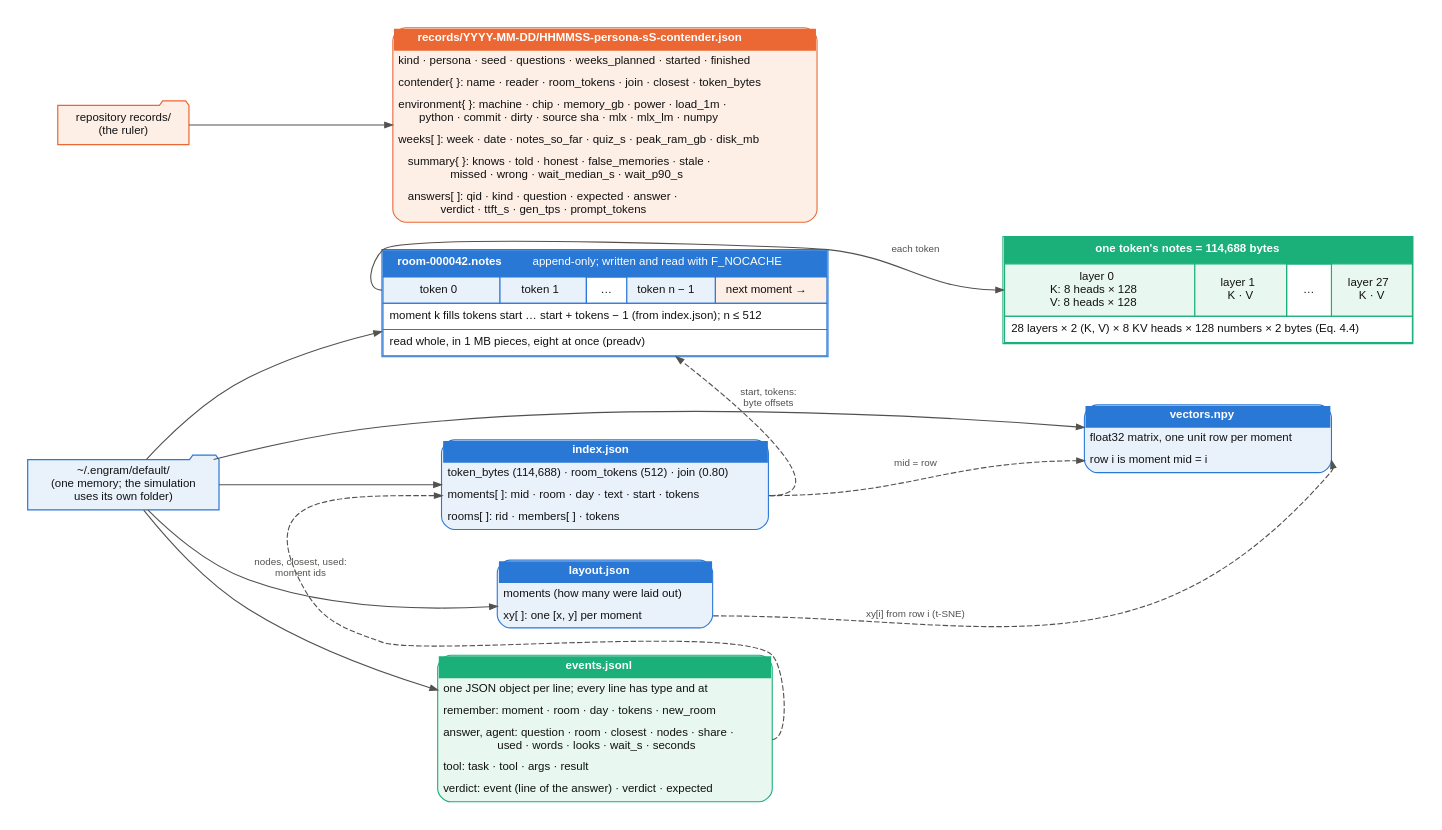
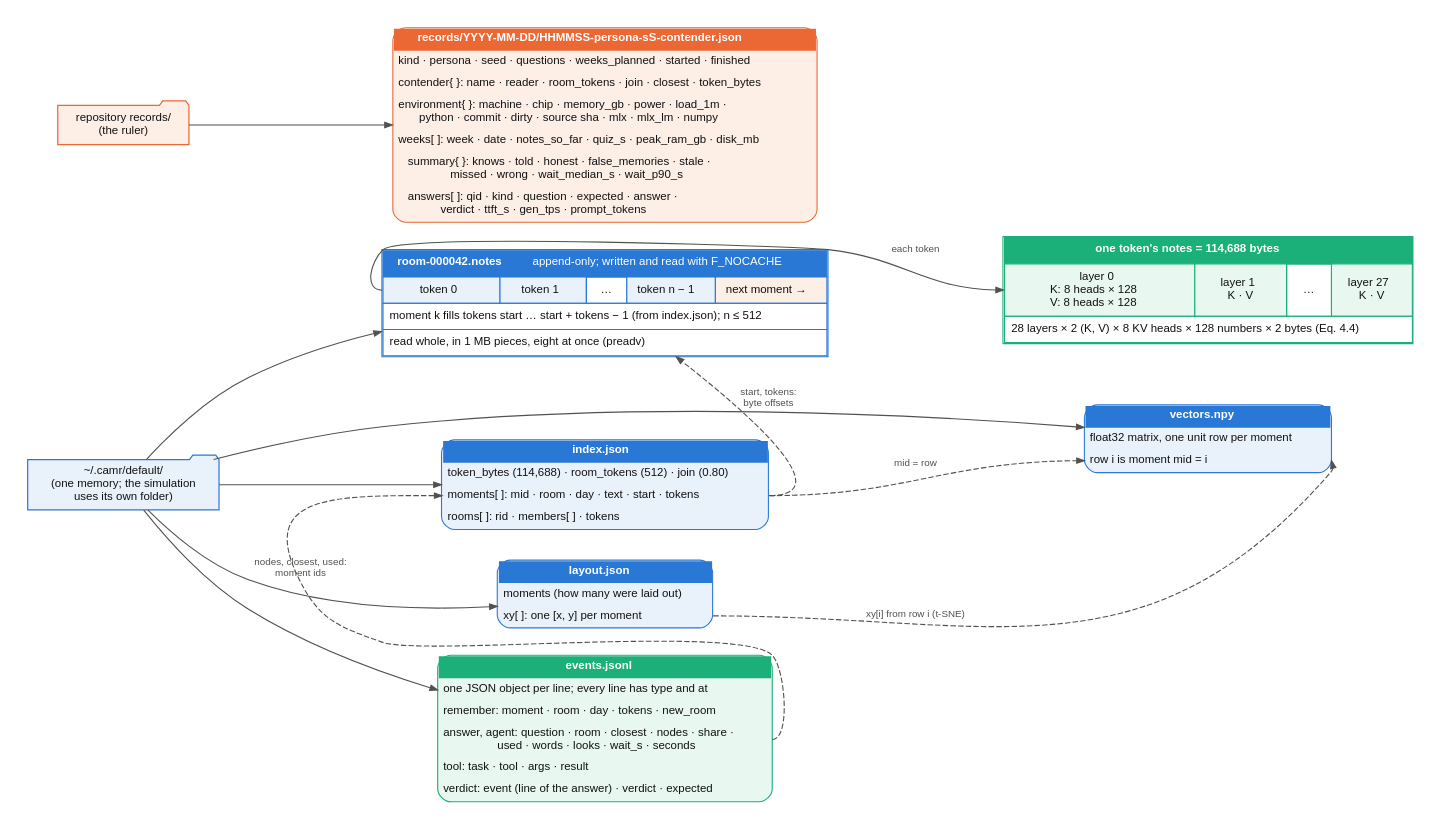
Before and after one commit to Satasdin/CAMR: the diagram in v2/docs/thesis/diagrams/superseded-graphviz/files_v2.dot, drawn with Graphviz. The commit also changed 385 other files, not shown here.

First line of the commit message:
One name: CAMR. The engine's package is camr_engine (the old CAMR baseline keeps the import name camr), its distribution camr-engine, and engram is gone from the code, the app, the docs and the environment variables (CAMR_MLX_CACHE_GB, CAMR_MEASURING)

```diff
--- a/v2/docs/thesis/diagrams/superseded-graphviz/files_v2.dot
+++ b/v2/docs/thesis/diagrams/superseded-graphviz/files_v2.dot
@@ -1,62 +1,62 @@
 // Figure 4.9: File and data design of CAMR v2: one folder per memory, and the test records.
 digraph files_v2 {
   rankdir=LR;
   graph [fontname="Helvetica" fontsize=11 bgcolor="white" pad=0.25 nodesep=0.35 ranksep=0.45 newrank=true];
   node [fontname="Helvetica" fontsize=10.5 shape=box style="rounded,filled" fillcolor="#f3f5f9" color="#9aa3b2" penwidth=1.1 fontcolor="#111111" margin="0.14,0.07"];
   edge [fontname="Helvetica" fontsize=9 color="#52514e" fontcolor="#52514e" arrowsize=0.7 penwidth=1.0];
   graph [nodesep=0.35 ranksep=0.75];
-  folder [label="~/.engram/default/\n(one memory; the simulation\nuses its own folder)" shape=folder style="filled" fillcolor="#e9f1fb" color="#2a78d6"];
+  folder [label="~/.camr/default/\n(one memory; the simulation\nuses its own folder)" shape=folder style="filled" fillcolor="#e9f1fb" color="#2a78d6"];
   repo [label="repository records/\n(the ruler)" shape=folder style="filled" fillcolor="#fdeee6" color="#eb6834"];
   node [shape=plain style="" margin=0];
   room [label=<<TABLE BORDER="1" CELLBORDER="1" CELLSPACING="0" CELLPADDING="5" COLOR="#2a78d6" BGCOLOR="white">
 <TR><TD COLSPAN="5" BGCOLOR="#2a78d6"><FONT COLOR="white"><B>room-000042.notes</B>   append-only; written and read with F_NOCACHE</FONT></TD></TR>
 <TR><TD PORT="t0" BGCOLOR="#e9f1fb">token 0</TD><TD BGCOLOR="#e9f1fb">token 1</TD><TD>…</TD><TD BGCOLOR="#e9f1fb">token n − 1</TD><TD BGCOLOR="#fdeee6">next moment →</TD></TR>
 <TR><TD COLSPAN="5" ALIGN="LEFT">moment k fills tokens start … start + tokens − 1 (from index.json); n ≤ 512</TD></TR>
 <TR><TD COLSPAN="5" ALIGN="LEFT">read whole, in 1 MB pieces, eight at once (preadv)</TD></TR>
 </TABLE>>];
   token [label=<<TABLE BORDER="1" CELLBORDER="1" CELLSPACING="0" CELLPADDING="5" COLOR="#1baf7a" BGCOLOR="white">
 <TR><TD COLSPAN="4" BGCOLOR="#1baf7a"><FONT COLOR="white"><B>one token's notes = 114,688 bytes</B></FONT></TD></TR>
 <TR><TD PORT="in" BGCOLOR="#e8f7f0">layer 0<BR/>K: 8 heads × 128<BR/>V: 8 heads × 128</TD><TD BGCOLOR="#e8f7f0">layer 1<BR/>K · V</TD><TD>…</TD><TD BGCOLOR="#e8f7f0">layer 27<BR/>K · V</TD></TR>
 <TR><TD COLSPAN="4" ALIGN="LEFT">28 layers × 2 (K, V) × 8 KV heads × 128 numbers × 2 bytes (Eq. 4.4)</TD></TR>
 </TABLE>>];
   index [label=<<TABLE BORDER="1" CELLBORDER="0" CELLSPACING="0" CELLPADDING="4" STYLE="ROUNDED" COLOR="#2a78d6" BGCOLOR="#e9f1fb">
 <TR><TD BGCOLOR="#2a78d6"><FONT COLOR="white"><B>index.json</B></FONT></TD></TR>
 <TR><TD ALIGN="LEFT">token_bytes (114,688) · room_tokens (512) · join (0.80)</TD></TR>
 <TR><TD ALIGN="LEFT" PORT="moments">moments[ ]: mid · room · day · text · start · tokens</TD></TR>
 <TR><TD ALIGN="LEFT" PORT="rooms">rooms[ ]: rid · members[ ] · tokens</TD></TR>
 </TABLE>>];
   vectors [label=<<TABLE BORDER="1" CELLBORDER="0" CELLSPACING="0" CELLPADDING="4" STYLE="ROUNDED" COLOR="#2a78d6" BGCOLOR="#e9f1fb">
 <TR><TD BGCOLOR="#2a78d6"><FONT COLOR="white"><B>vectors.npy</B></FONT></TD></TR>
 <TR><TD ALIGN="LEFT">float32 matrix, one unit row per moment</TD></TR>
 <TR><TD ALIGN="LEFT" PORT="row">row i is moment mid = i</TD></TR>
 </TABLE>>];
   events [label=<<TABLE BORDER="1" CELLBORDER="0" CELLSPACING="0" CELLPADDING="4" STYLE="ROUNDED" COLOR="#1baf7a" BGCOLOR="#e8f7f0">
 <TR><TD BGCOLOR="#1baf7a"><FONT COLOR="white"><B>events.jsonl</B></FONT></TD></TR>
 <TR><TD ALIGN="LEFT">one JSON object per line; every line has type and at</TD></TR>
 <TR><TD ALIGN="LEFT">remember: moment · room · day · tokens · new_room</TD></TR>
 <TR><TD ALIGN="LEFT" PORT="ans">answer, agent: question · room · closest · nodes · share ·<BR ALIGN="LEFT"/>used · words · looks · wait_s · seconds</TD></TR>
 <TR><TD ALIGN="LEFT">tool: task · tool · args · result</TD></TR>
 <TR><TD ALIGN="LEFT" PORT="ver">verdict: event (line of the answer) · verdict · expected</TD></TR>
 </TABLE>>];
   layout [label=<<TABLE BORDER="1" CELLBORDER="0" CELLSPACING="0" CELLPADDING="4" STYLE="ROUNDED" COLOR="#2a78d6" BGCOLOR="#e9f1fb">
 <TR><TD BGCOLOR="#2a78d6"><FONT COLOR="white"><B>layout.json</B></FONT></TD></TR>
 <TR><TD ALIGN="LEFT">moments (how many were laid out)</TD></TR>
 <TR><TD ALIGN="LEFT" PORT="xy">xy[ ]: one [x, y] per moment</TD></TR>
 </TABLE>>];
   record [label=<<TABLE BORDER="1" CELLBORDER="0" CELLSPACING="0" CELLPADDING="4" STYLE="ROUNDED" COLOR="#eb6834" BGCOLOR="#fdeee6">
 <TR><TD BGCOLOR="#eb6834"><FONT COLOR="white"><B>records/YYYY-MM-DD/HHMMSS-persona-sS-contender.json</B></FONT></TD></TR>
 <TR><TD ALIGN="LEFT">kind · persona · seed · questions · weeks_planned · started · finished</TD></TR>
 <TR><TD ALIGN="LEFT">contender{ }: name · reader · room_tokens · join · closest · token_bytes</TD></TR>
 <TR><TD ALIGN="LEFT">environment{ }: machine · chip · memory_gb · power · load_1m ·<BR ALIGN="LEFT"/>python · commit · dirty · source sha · mlx · mlx_lm · numpy</TD></TR>
 <TR><TD ALIGN="LEFT">weeks[ ]: week · date · notes_so_far · quiz_s · peak_ram_gb · disk_mb</TD></TR>
 <TR><TD ALIGN="LEFT">    summary{ }: knows · told · honest · false_memories · stale ·<BR ALIGN="LEFT"/>missed · wrong · wait_median_s · wait_p90_s</TD></TR>
 <TR><TD ALIGN="LEFT">    answers[ ]: qid · kind · question · expected · answer ·<BR ALIGN="LEFT"/>verdict · ttft_s · gen_tps · prompt_tokens</TD></TR>
 </TABLE>>];
   folder -> room; folder -> index; folder -> vectors; folder -> events; folder -> layout;
   repo -> record;
   room:t0 -> token:in [label="each token"];
   index:moments:e -> room [label="start, tokens:\nbyte offsets" style=dashed constraint=false];
   index:moments:e -> vectors:row:w [label="mid = row" style=dashed];
   events:ans:e -> index:moments [label="nodes, closest, used:\nmoment ids" style=dashed constraint=false];
   layout:xy:e -> vectors:row:e [label="xy[i] from row i (t-SNE)" style=dashed constraint=false];
 }
```
